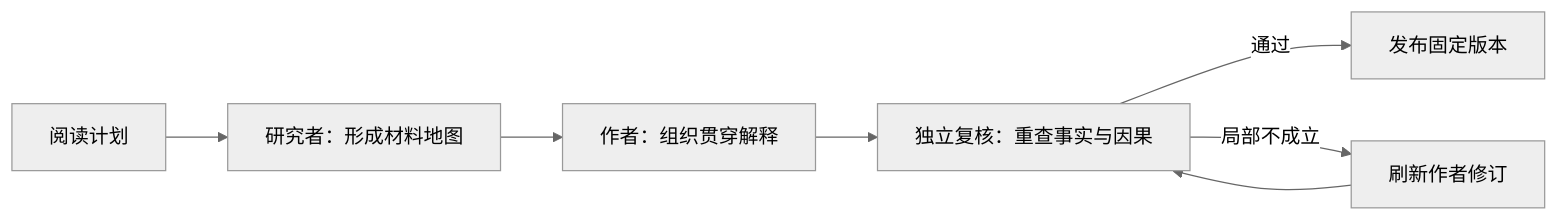
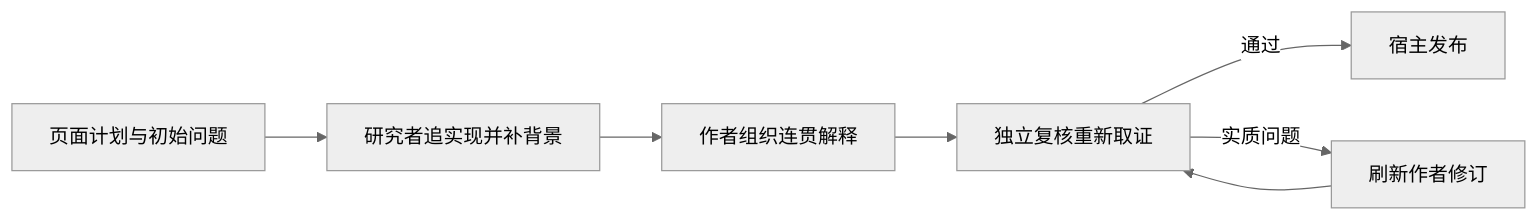
One commit to lejunyang/omem changed the diagram in .repo-review/knowledge/articles/8a78e7c7634bdf870e9fc4ddcb0670e345ae0a629b2af3c08bd864ef0f1482aa.md. Above: the diagram before and after it, drawn with Mermaid (neutral theme). The commit also changed other lines of this file and 11 other files, not shown here.

````diff
--- a/.repo-review/knowledge/articles/8a78e7c7634bdf870e9fc4ddcb0670e345ae0a629b2af3c08bd864ef0f1482aa.md
+++ b/.repo-review/knowledge/articles/8a78e7c7634bdf870e9fc4ddcb0670e345ae0a629b2af3c08bd864ef0f1482aa.md
@@ -48,9 +37,9 @@
 ```mermaid
 flowchart LR
-  B[阅读计划] --> R[研究者：形成材料地图]
-  R --> W[作者：组织贯穿解释]
-  W --> V[独立复核：重查事实与因果]
-  V -->|通过| P[发布固定版本]
-  V -->|局部不成立| F[刷新作者修订]
+  B[页面计划与初始问题] --> R[研究者追实现并补背景]
+  R --> W[作者组织连贯解释]
+  W --> V[独立复核重新取证]
+  V -->|通过| P[宿主发布]
+  V -->|实质问题| F[刷新作者修订]
   F --> V
 ```
````
